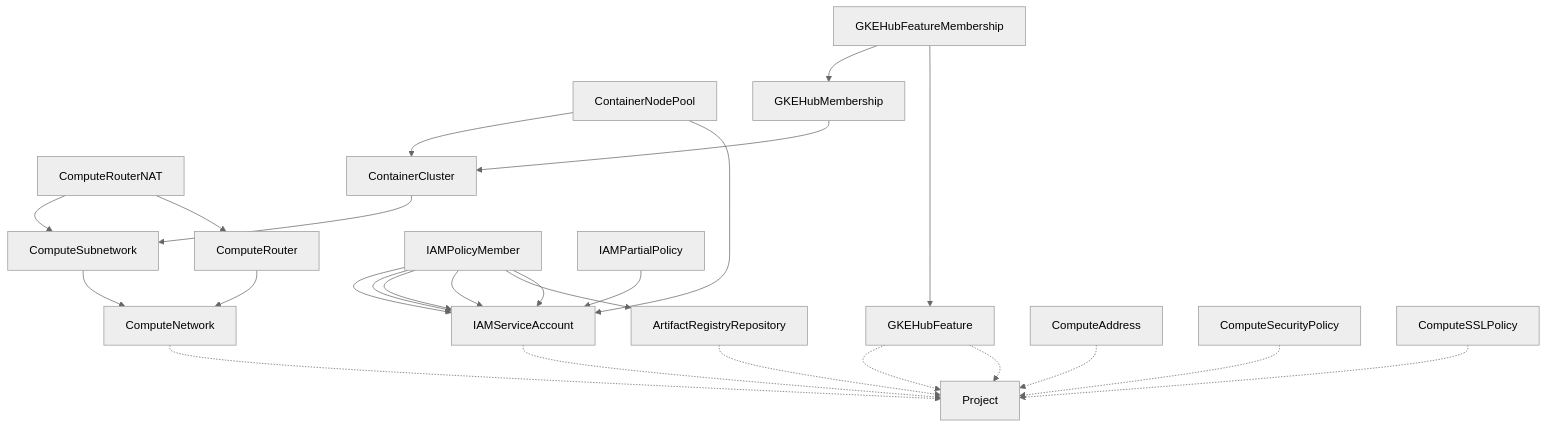
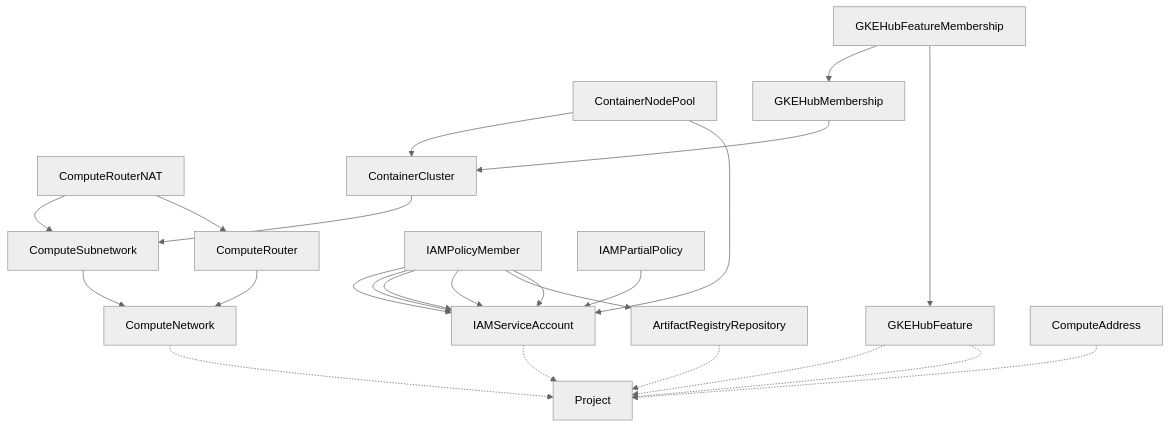
One commit to mathieu-benoit/acm-workshop changed the diagram in content/ingress-gateway/set-up-ip-address.md. Above: the diagram before and after it, drawn with Mermaid (neutral theme). The commit also changed 4 other files, not shown here.

```diff
--- a/content/ingress-gateway/set-up-ip-address.md
+++ b/content/ingress-gateway/set-up-ip-address.md
@@ -49,28 +49,26 @@
 {{< mermaid >}}
 graph TD;
   ComputeNetwork-.->Project
   IAMServiceAccount-.->Project
   GKEHubFeature-.->Project
   ArtifactRegistryRepository-.->Project
   GKEHubFeature-.->Project
   ComputeAddress-.->Project
-  ComputeSecurityPolicy-.->Project
-  ComputeSSLPolicy-.->Project
   ComputeSubnetwork-->ComputeNetwork
   ComputeRouterNAT-->ComputeSubnetwork
   ComputeRouterNAT-->ComputeRouter
   ComputeRouter-->ComputeNetwork
   ContainerNodePool-->ContainerCluster
   ContainerNodePool-->IAMServiceAccount
   IAMPolicyMember-->IAMServiceAccount
   IAMPolicyMember-->IAMServiceAccount
   IAMPolicyMember-->IAMServiceAccount
   IAMPolicyMember-->IAMServiceAccount
   IAMPartialPolicy-->IAMServiceAccount
   ContainerCluster-->ComputeSubnetwork
   GKEHubFeatureMembership-->GKEHubMembership
   GKEHubFeatureMembership-->GKEHubFeature
   GKEHubMembership-->ContainerCluster
   IAMPolicyMember-->ArtifactRegistryRepository
   IAMPolicyMember-->IAMServiceAccount
 {{< /mermaid >}}
```
